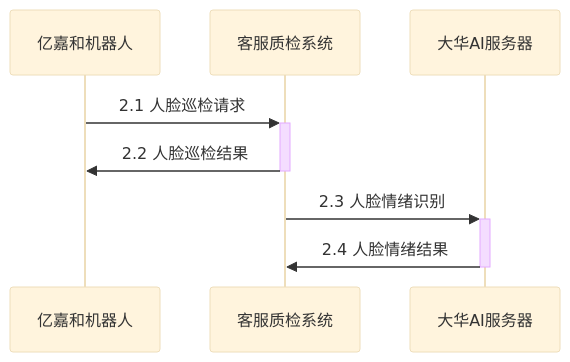
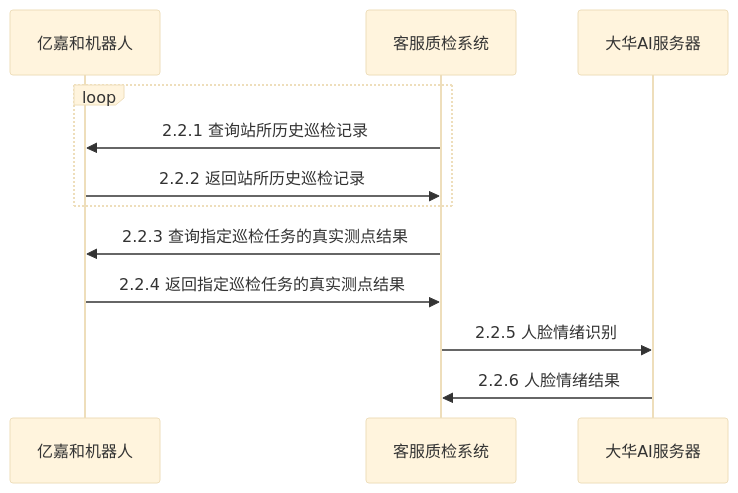
One commit to peace0phmind/peace0phmind.github.io changed the second of 2 diagrams in content/posts/202211/face-inspection.md. Above: the diagram before and after it, drawn with Mermaid (base theme). The commit also changed other lines of this file, not shown here.

````diff
--- a/content/posts/202211/face-inspection.md
+++ b/content/posts/202211/face-inspection.md
@@ -38,10 +50,14 @@
 ```mermaid
 sequenceDiagram
   participant 亿嘉和机器人
   participant 客服质检系统
   participant 大华AI服务器
-  亿嘉和机器人->>+客服质检系统: 2.1 人脸巡检请求
-  客服质检系统->>-亿嘉和机器人: 2.2 人脸巡检结果
-  客服质检系统->>+大华AI服务器: 2.3 人脸情绪识别
-  大华AI服务器->>-客服质检系统: 2.4 人脸情绪结果
+  loop 
+      客服质检系统->>亿嘉和机器人: 2.2.1 查询站所历史巡检记录
+      亿嘉和机器人->>客服质检系统: 2.2.2 返回站所历史巡检记录
+  end
+  客服质检系统->>亿嘉和机器人: 2.2.3 查询指定巡检任务的真实测点结果
+  亿嘉和机器人->>客服质检系统: 2.2.4 返回指定巡检任务的真实测点结果
+  客服质检系统->>大华AI服务器: 2.2.5 人脸情绪识别
+  大华AI服务器->>客服质检系统: 2.2.6 人脸情绪结果
 ```
````
